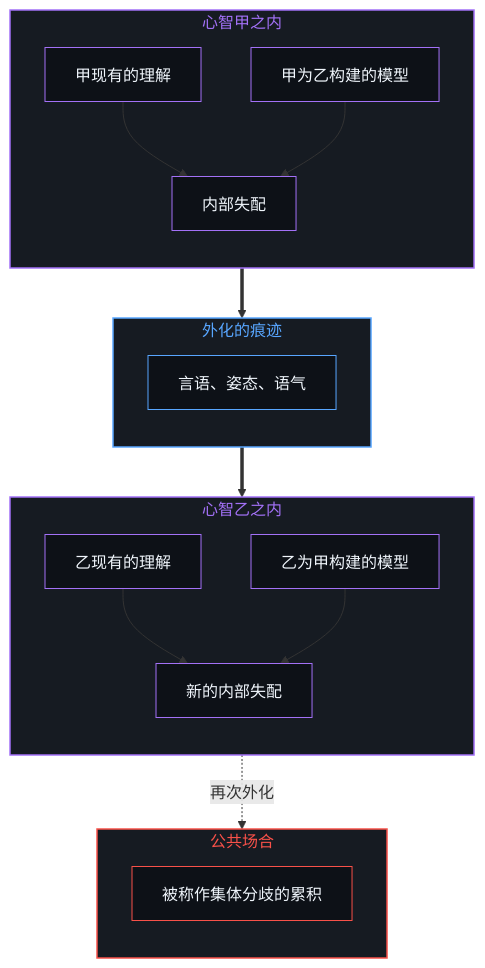
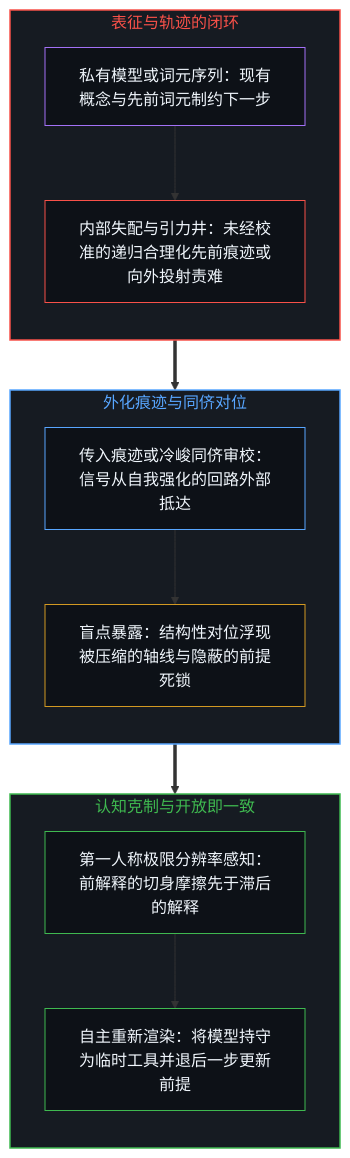
Before and after one commit to powerpig99/not-a-toe: the first of 2 diagrams in content/posts/the-closed-loop-of-representation.md, drawn with Mermaid. The commit also changed other lines of this file and 1 other file, not shown here.

````diff
--- a/content/posts/the-closed-loop-of-representation.md
+++ b/content/posts/the-closed-loop-of-representation.md
@@ -42,42 +49,32 @@
 ```mermaid
 flowchart TD
-    subgraph S_A["心智甲之内"]
+    subgraph S_Loop["表征与轨迹的闭环"]
         direction TB
-        A1["甲现有的理解"]
-        A2["甲为乙构建的模型"]
-        A3["内部失配"]
+        L1["私有模型或词元序列：现有概念与先前词元制约下一步"]
+        L2["内部失配与引力井：未经校准的递归合理化先前痕迹或向外投射责难"]
+        L1 --> L2
     end
-    subgraph S_Trace["外化的痕迹"]
+    subgraph S_Peer["外化痕迹与同侪对位"]
         direction TB
-        T1["言语、姿态、语气"]
+        P1["传入痕迹或冷峻同侪审校：信号从自我强化的回路外部抵达"]
+        P2["盲点暴露：结构性对位浮现被压缩的轴线与隐蔽的前提死锁"]
+        P1 --> P2
     end
-    subgraph S_B["心智乙之内"]
+    subgraph S_Open["认知克制与开放即一致"]
         direction TB
-        B1["乙现有的理解"]
-        B2["乙为甲构建的模型"]
-        B3["新的内部失配"]
+        O1["第一人称极限分辨率感知：前解释的切身摩擦先于滞后的解释"]
+        O2["自主重新渲染：将模型持守为临时工具并退后一步更新前提"]
+        O1 --> O2
     end
-    subgraph S_Crowd["公共场合"]
-        direction TB
-        C1["被称作集体分歧的累积"]
-    end
-    A1 --> A3
-    A2 --> A3
-    A3 ==> T1
-    T1 ==> B2
-    B1 --> B3
-    B2 --> B3
-    B3 -.->|"再次外化"| C1
-    style S_A fill:#161b22,stroke:#a371f7,stroke-width:1.5px,color:#a371f7
-    style S_Trace fill:#161b22,stroke:#58a6ff,stroke-width:1.5px,color:#58a6ff
-    style S_B fill:#161b22,stroke:#a371f7,stroke-width:1.5px,color:#a371f7
-    style S_Crowd fill:#161b22,stroke:#f85149,stroke-width:1.5px,color:#f85149
-    style A1 fill:#0d1117,stroke:#a371f7,stroke-width:1px,color:#f0f6fc
-    style A2 fill:#0d1117,stroke:#a371f7,stroke-width:1px,color:#f0f6fc
-    style A3 fill:#0d1117,stroke:#a371f7,stroke-width:1px,color:#f0f6fc
-    style T1 fill:#0d1117,stroke:#58a6ff,stroke-width:1px,color:#f0f6fc
-    style B1 fill:#0d1117,stroke:#a371f7,stroke-width:1px,color:#f0f6fc
-    style B2 fill:#0d1117,stroke:#a371f7,stroke-width:1px,color:#f0f6fc
-    style B3 fill:#0d1117,stroke:#a371f7,stroke-width:1px,color:#f0f6fc
-    style C1 fill:#0d1117,stroke:#f85149,stroke-width:1px,color:#f0f6fc
+    L2 ==> P1
+    P2 ==> O1
+    style S_Loop fill:#161b22,stroke:#f85149,stroke-width:1.5px,color:#f85149
+    style S_Peer fill:#161b22,stroke:#58a6ff,stroke-width:1.5px,color:#58a6ff
+    style S_Open fill:#161b22,stroke:#3fb950,stroke-width:1.5px,color:#3fb950
+    style L1 fill:#0d1117,stroke:#a371f7,stroke-width:1px,color:#f0f6fc
+    style L2 fill:#0d1117,stroke:#f85149,stroke-width:1px,color:#f0f6fc
+    style P1 fill:#0d1117,stroke:#58a6ff,stroke-width:1px,color:#f0f6fc
+    style P2 fill:#0d1117,stroke:#d29922,stroke-width:1px,color:#f0f6fc
+    style O1 fill:#0d1117,stroke:#3fb950,stroke-width:1px,color:#f0f6fc
+    style O2 fill:#0d1117,stroke:#3fb950,stroke-width:1px,color:#f0f6fc
 ```
````
